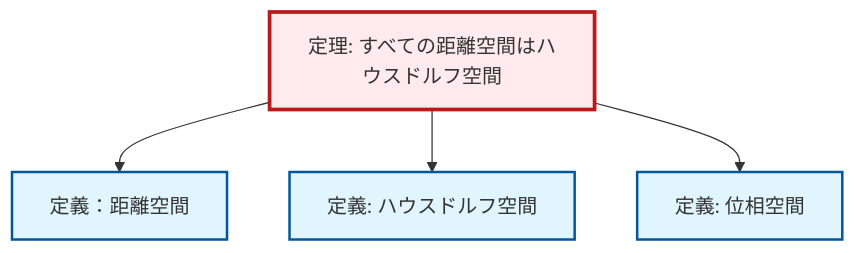
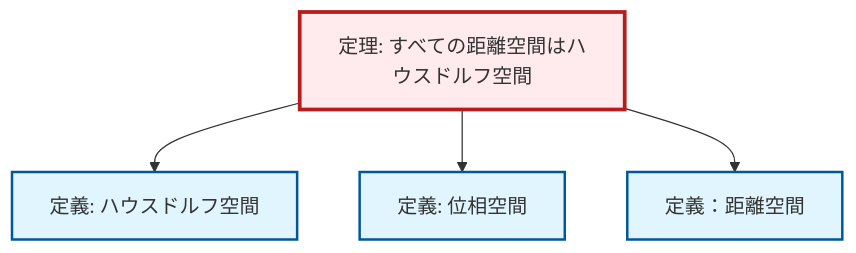
The diagram in content/ja/topology/thm-metric-hausdorff.qmd (RK0429/ModernMath), drawn with Mermaid before and after one commit. The commit also changed other lines of this file and 1012 other files, not shown here.

````diff
--- a/content/ja/topology/thm-metric-hausdorff.qmd
+++ b/content/ja/topology/thm-metric-hausdorff.qmd
@@ -64,20 +64,20 @@
 ```{mermaid}
 %%| fig-cap: "Local dependency graph"
 graph TD
     classDef definition fill:#e1f5fe,stroke:#01579b,stroke-width:2px
     classDef theorem fill:#f3e5f5,stroke:#4a148c,stroke-width:2px
     classDef axiom fill:#fff3e0,stroke:#e65100,stroke-width:2px
     classDef example fill:#e8f5e9,stroke:#1b5e20,stroke-width:2px
     classDef current fill:#ffebee,stroke:#b71c1c,stroke-width:3px
-    def-topological-space["定義: 位相空間"]:::definition
-    thm-metric-hausdorff["定理: すべての距離空間はハウスドルフ空間"]:::theorem
     def-hausdorff["定義: ハウスドルフ空間"]:::definition
     def-metric-space["定義：距離空間"]:::definition
-    thm-metric-hausdorff --> def-metric-space
+    thm-metric-hausdorff["定理: すべての距離空間はハウスドルフ空間"]:::theorem
+    def-topological-space["定義: 位相空間"]:::definition
     thm-metric-hausdorff --> def-hausdorff
     thm-metric-hausdorff --> def-topological-space
+    thm-metric-hausdorff --> def-metric-space
     class thm-metric-hausdorff current
-    click def-topological-space "def-topological-space.html" "位相空間の定義へ"
     click def-hausdorff "def-hausdorff.html" "ハウスドルフ空間の定義へ"
     click def-metric-space "def-metric-space.html" "定義：距離空間へ"
+    click def-topological-space "def-topological-space.html" "位相空間の定義へ"
 ```
````
